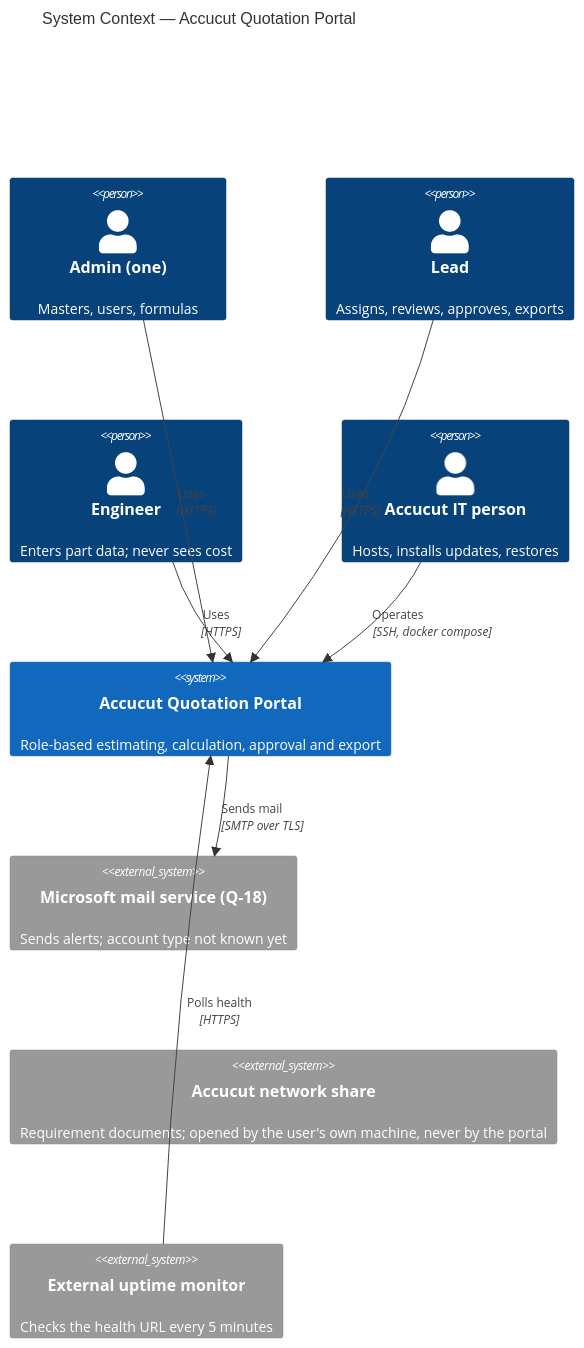
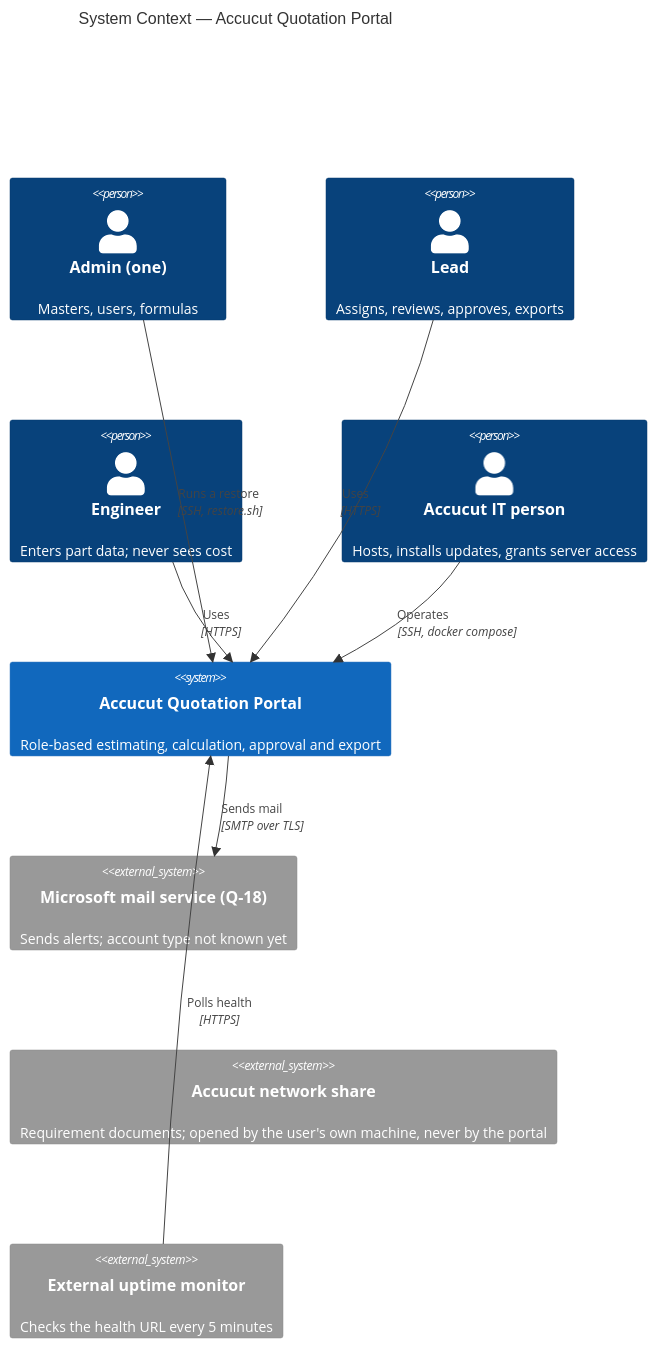
Before and after one commit to sankumar76/Accucut-Quotation: the first of 6 diagrams in docs/04-architecture/architecture.md, drawn with Mermaid. The commit also changed other lines of this file and 2 other files, not shown here.

Commit message:
docs(architecture): Admin holds key and runs restore, v0.9 [AQP-1]

````diff
--- a/docs/04-architecture/architecture.md
+++ b/docs/04-architecture/architecture.md
@@ -117,18 +125,19 @@
 ```mermaid
 C4Context
   title System Context — Accucut Quotation Portal
   Person(admin, "Admin (one)", "Masters, users, formulas")
   Person(lead, "Lead", "Assigns, reviews, approves, exports")
   Person(engineer, "Engineer", "Enters part data; never sees cost")
-  Person(it, "Accucut IT person", "Hosts, installs updates, restores")
+  Person(it, "Accucut IT person", "Hosts, installs updates, grants server access")
   System(portal, "Accucut Quotation Portal", "Role-based estimating, calculation, approval and export")
   System_Ext(smtp, "Microsoft mail service (Q-18)", "Sends alerts; account type not known yet")
   System_Ext(share, "Accucut network share", "Requirement documents; opened by the user's own machine, never by the portal")
   System_Ext(uptime, "External uptime monitor", "Checks the health URL every 5 minutes")
   Rel(admin, portal, "Uses", "HTTPS")
   Rel(lead, portal, "Uses", "HTTPS")
   Rel(engineer, portal, "Uses", "HTTPS")
   Rel(it, portal, "Operates", "SSH, docker compose")
+  Rel(admin, portal, "Runs a restore", "SSH, restore.sh")
   Rel(portal, smtp, "Sends mail", "SMTP over TLS")
   Rel(uptime, portal, "Polls health", "HTTPS")
 ```
````
